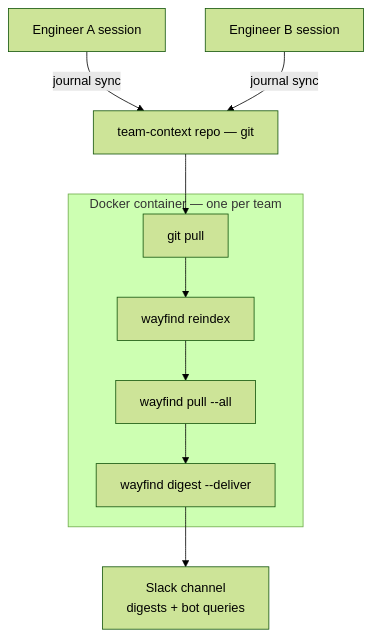
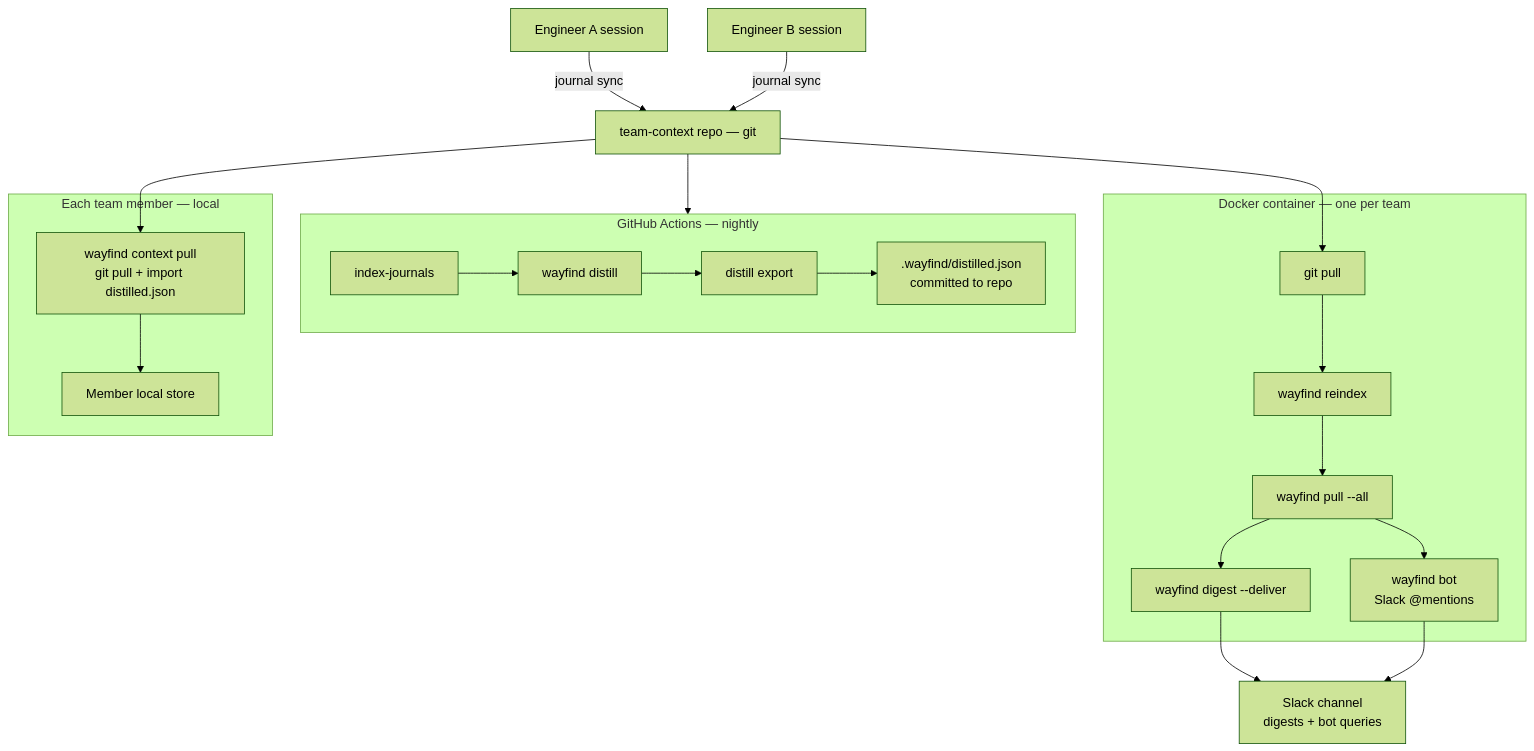
The third of 4 diagrams in docs/architecture/data-flow.md (usewayfind/wayfind), drawn with Mermaid (forest theme) before and after one commit. The commit also changed other lines of this file and 3 other files, not shown here.

````diff
--- a/docs/architecture/data-flow.md
+++ b/docs/architecture/data-flow.md
@@ -194,14 +249,30 @@
 ```mermaid
 flowchart TD
     A["Engineer A session"] -->|journal sync| Repo["team-context repo — git"]
     B["Engineer B session"] -->|journal sync| Repo
 
+    subgraph gha ["GitHub Actions — nightly"]
+        GHAIndex["index-journals"] --> GHADistill["wayfind distill"]
+        GHADistill --> GHAExport["distill export"]
+        GHAExport --> DJ[".wayfind/distilled.json\ncommitted to repo"]
+    end
+
     subgraph container ["Docker container — one per team"]
         Pull["git pull"] --> Reindex["wayfind reindex"]
         Reindex --> Signals["wayfind pull --all"]
         Signals --> Digest["wayfind digest --deliver"]
+        Signals --> Bot["wayfind bot\nSlack @mentions"]
+    end
+
+    subgraph member ["Each team member — local"]
+        CPull["wayfind context pull\ngit pull + import distilled.json"]
+        MStore["Member local store"]
+        CPull --> MStore
     end
 
     Repo --> Pull
+    Repo --> gha
+    Repo --> CPull
     Digest --> Slack["Slack channel\ndigests + bot queries"]
+    Bot --> Slack
 ```
````
